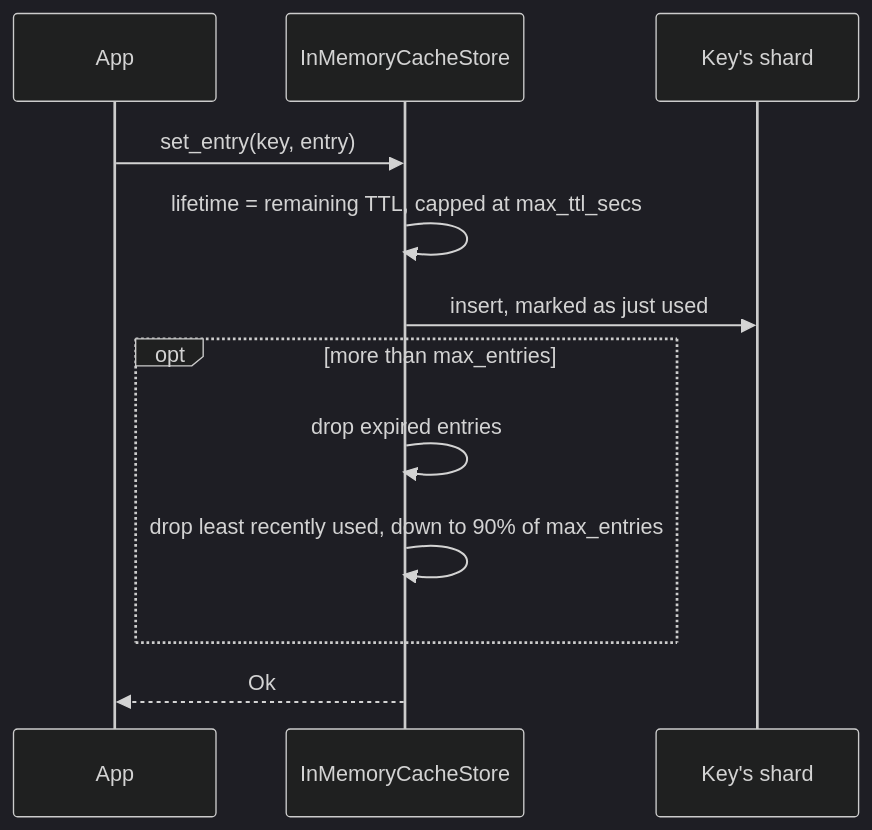
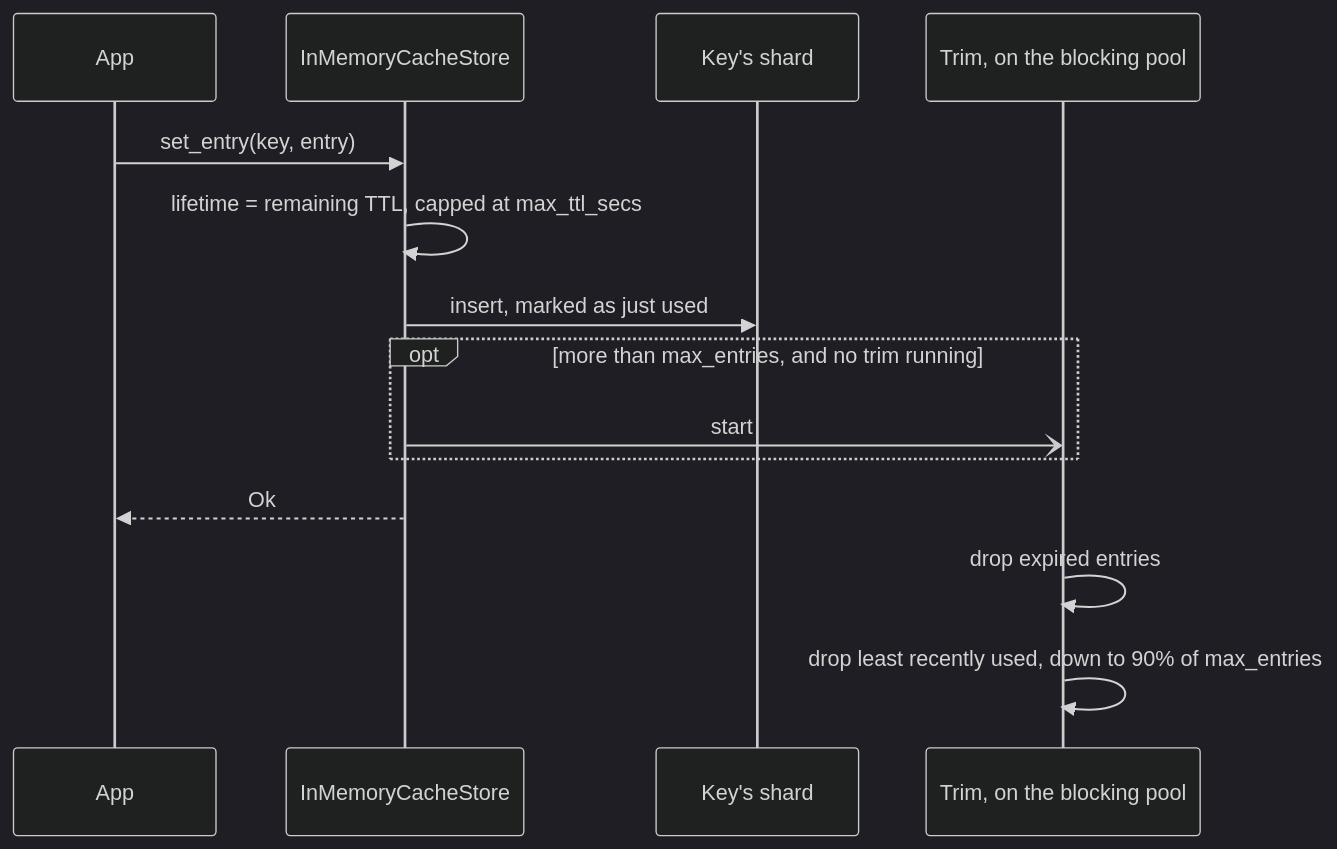
One commit to sisaio/sisa-caching-rs changed the second of 8 diagrams in docs/02-flows.md. Above: the diagram before and after it, drawn with Mermaid (dark theme). The commit also changed other lines of this file and 9 other files, not shown here.

First line of the commit message:
fix(memory): run trims and purges on the blocking pool

````diff
--- a/docs/02-flows.md
+++ b/docs/02-flows.md
@@ -52,15 +52,17 @@
 ```mermaid
 sequenceDiagram
     participant App
     participant Store as InMemoryCacheStore
     participant Shard as Key's shard
+    participant Trim as Trim, on the blocking pool
 
     App->>Store: set_entry(key, entry)
     Store->>Store: lifetime = remaining TTL, capped at max_ttl_secs
     Store->>Shard: insert, marked as just used
-    opt more than max_entries
-        Store->>Store: drop expired entries
-        Store->>Store: drop least recently used, down to 90% of max_entries
+    opt more than max_entries, and no trim running
+        Store-)Trim: start
     end
     Store-->>App: Ok
+    Trim->>Trim: drop expired entries
+    Trim->>Trim: drop least recently used, down to 90% of max_entries
 ```
````
